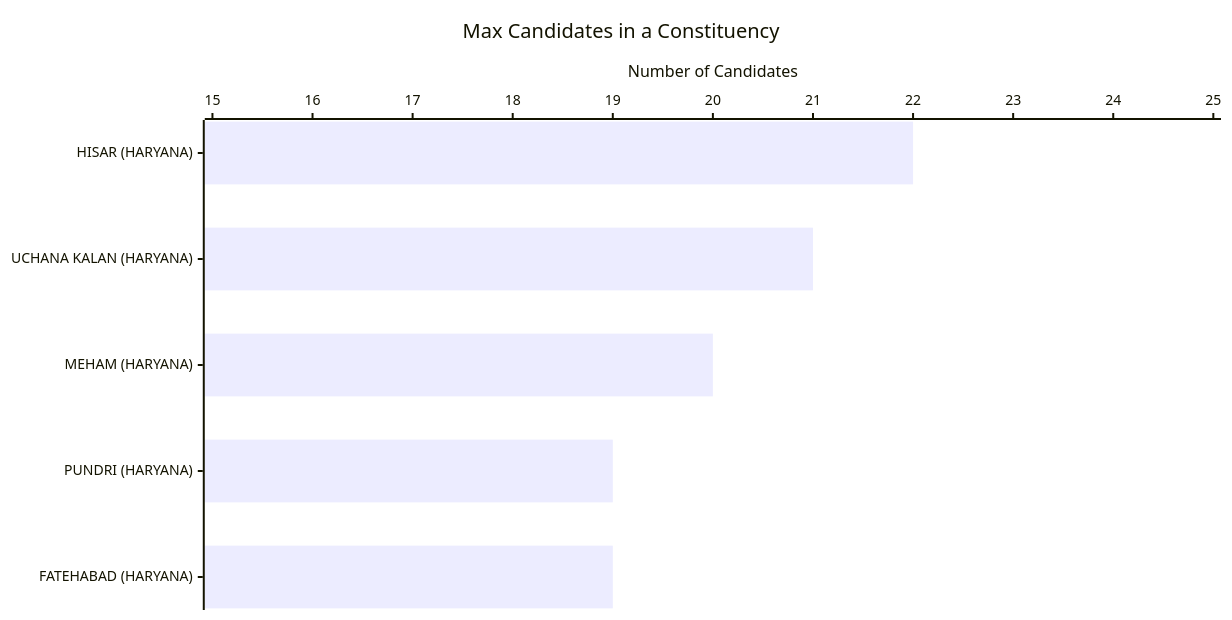
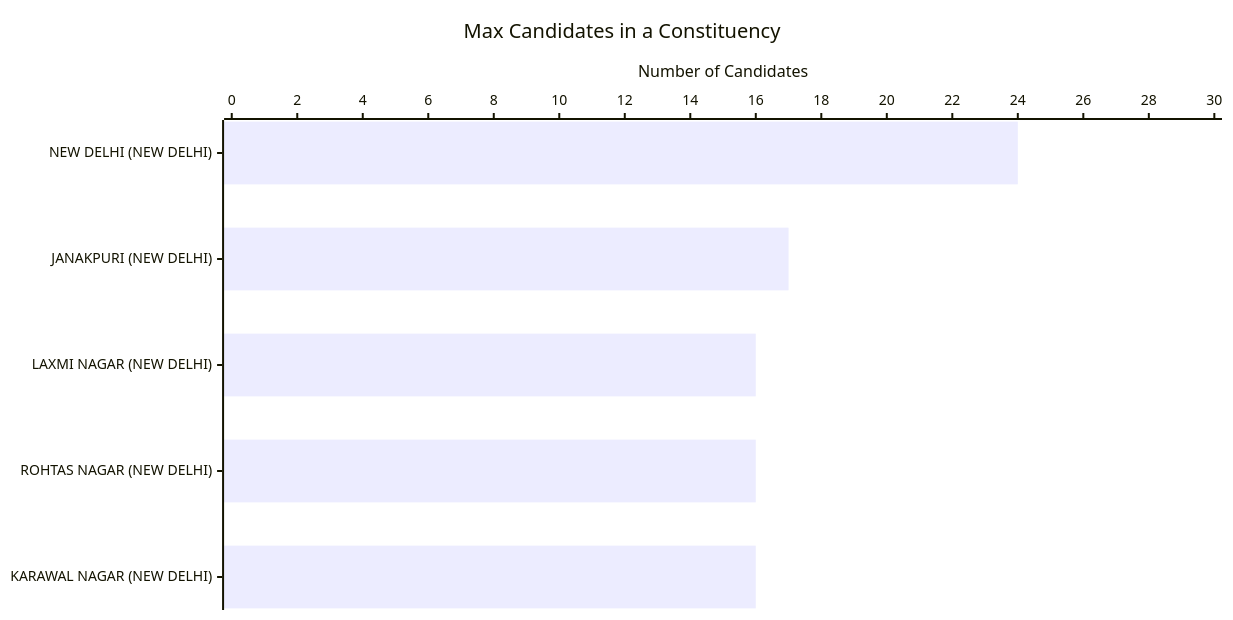
Before and after one commit to arjunswaj/elections: the ninth of 19 diagrams in NEWDELHI-GRAPH.md, drawn with Mermaid. The commit also changed other lines of this file, not shown here.

Commit message:
Updating the Graphical format

````diff
--- a/NEWDELHI-GRAPH.md
+++ b/NEWDELHI-GRAPH.md
@@ -178,14 +177,14 @@
 ```mermaid
 ---
 config:
     xyChart:
         width: 1200
         height: 600
         chartOrientation: horizontal
 ---
 xychart-beta
     title "Max Candidates in a Constituency"
-    x-axis ["HISAR (HARYANA)", "UCHANA KALAN (HARYANA)", "MEHAM (HARYANA)", "PUNDRI (HARYANA)", "FATEHABAD (HARYANA)"]
-    y-axis "Number of Candidates" 15 --> 25
-    bar [22, 21, 20, 19, 19]
+    x-axis ["NEW DELHI (NEW DELHI)", "JANAKPURI (NEW DELHI)", "LAXMI NAGAR (NEW DELHI)", "ROHTAS NAGAR (NEW DELHI)", "KARAWAL NAGAR (NEW DELHI)"]
+    y-axis "Number of Candidates" 0 --> 30
+    bar [24, 17, 16, 16, 16]
 ```
````
